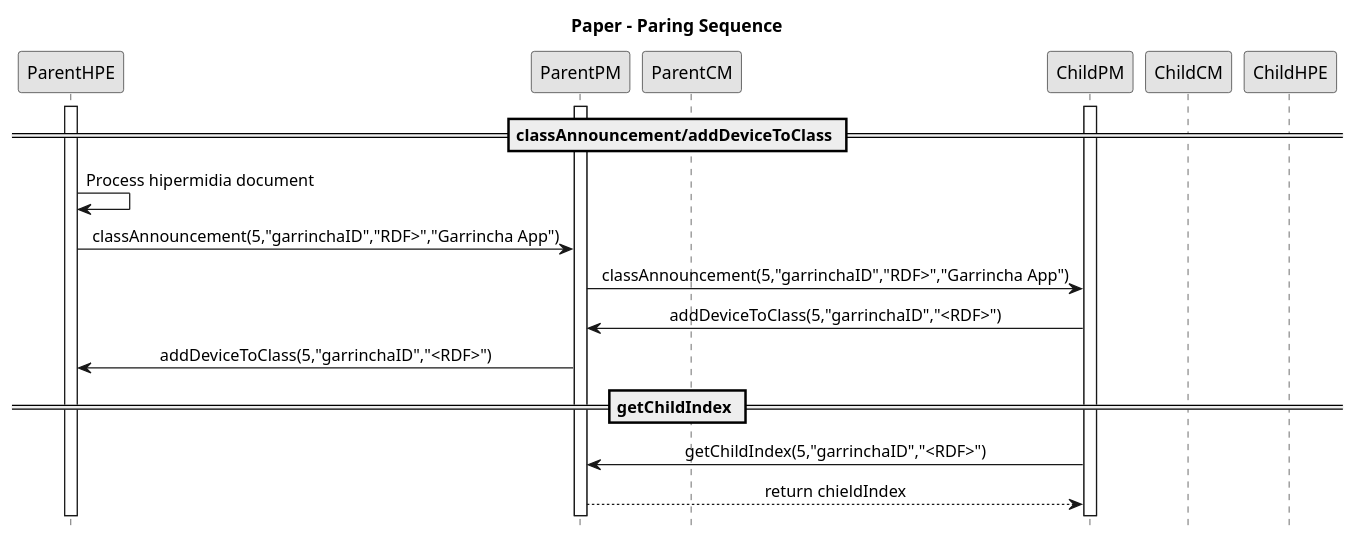
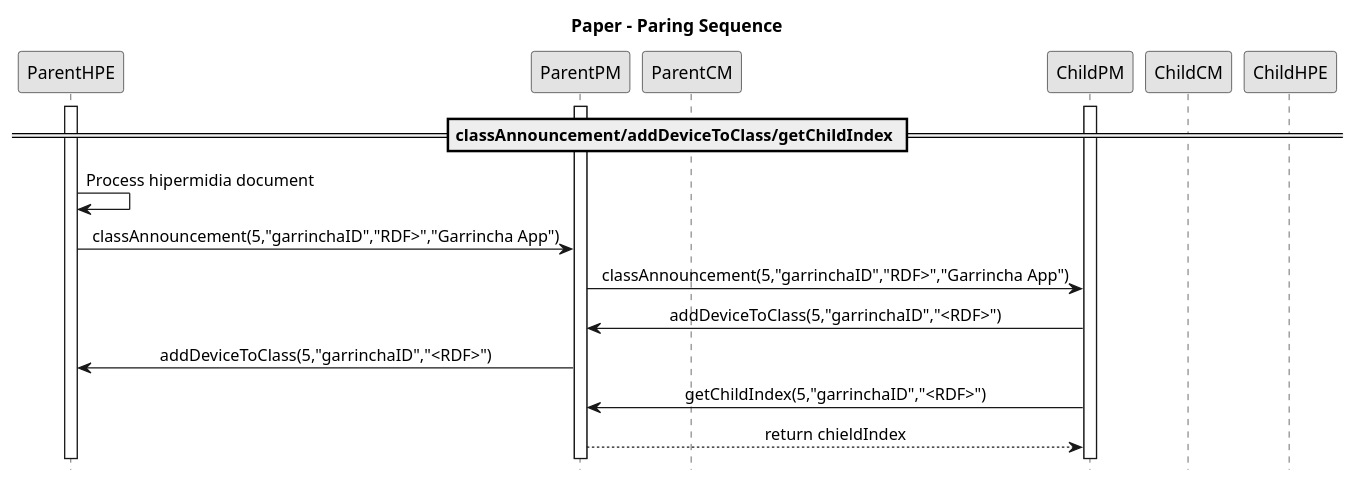
Before and after one commit to alanlivio/fsmda: the diagram in sequence1.plantuml, drawn with PlantUML. The commit also changed 6 other files, not shown here.

```diff
--- a/sequence1.plantuml
+++ b/sequence1.plantuml
@@ -2,30 +2,29 @@
 @startuml
 hide footbox
 skinparam monochrome true
 skinparam sequenceMessageAlign center
 
 participant ParentHPE
 participant ParentPM
 participant ParentCM
 participant ChildPM
 participant ChildCM
 participant ChildHPE
 
 '''''''''''''''''Paper - Paring and handling classes variables Sequence''''''''''''''''
 title Paper - Paring Sequence
 activate ParentHPE
 activate ParentPM
 activate ChildPM
-== classAnnouncement/addDeviceToClass ==
+== classAnnouncement/addDeviceToClass/getChildIndex ==
 ParentHPE->ParentHPE: Process hipermidia document
 ParentHPE->ParentPM: classAnnouncement(5,"garrinchaID","RDF>","Garrincha App")
 ParentPM->ChildPM: classAnnouncement(5,"garrinchaID","RDF>","Garrincha App")
 ChildPM->ParentPM: addDeviceToClass(5,"garrinchaID","<RDF>")
 ParentPM->ParentHPE: addDeviceToClass(5,"garrinchaID","<RDF>")
-== getChildIndex ==
 ChildPM->ParentPM: getChildIndex(5,"garrinchaID","<RDF>")
 
 ParentPM-->ChildPM: return chieldIndex
 
 '''''''''''''''''Ending PLANTUML params''''''''''''''''
 @enduml
```
